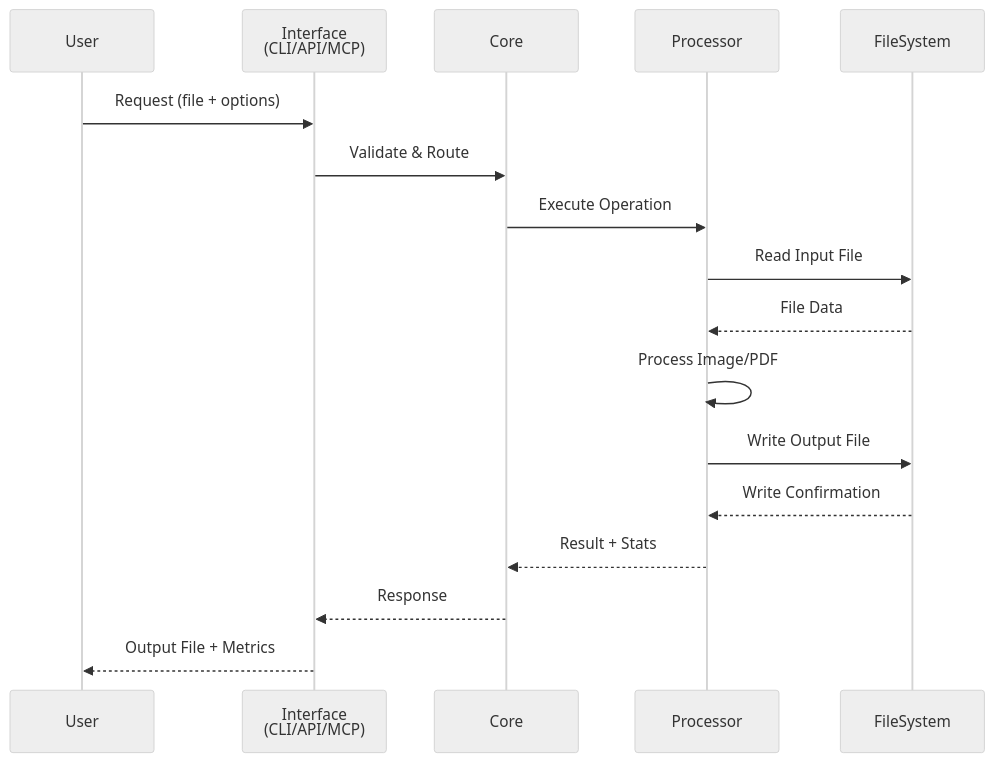
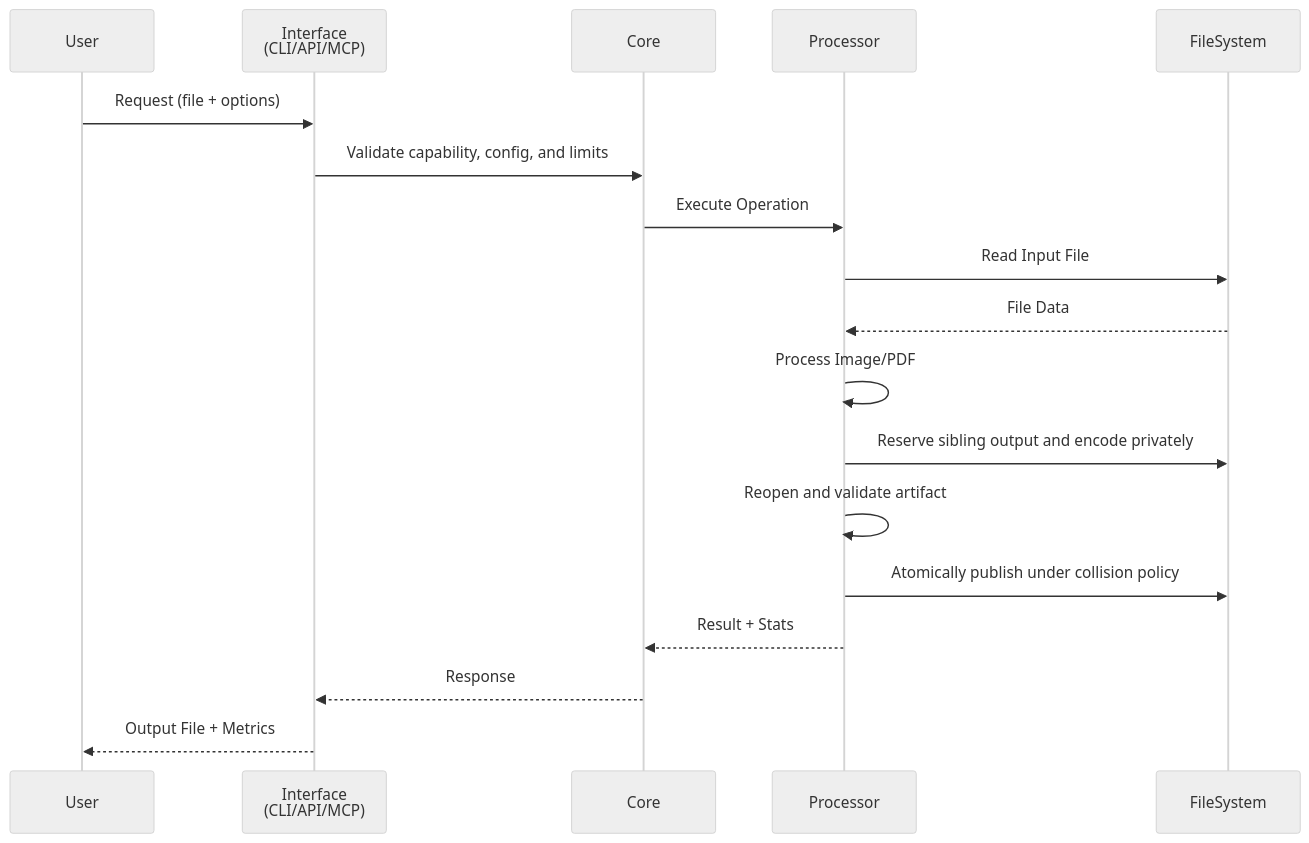
Before and after one commit to antarikshkarmakar/rtools: the second of 2 diagrams in README.md, drawn with Mermaid (neutral theme). The commit also changed other lines of this file and 10 other files, not shown here.

````diff
--- a/README.md
+++ b/README.md
@@ -105,20 +78,21 @@
 ```mermaid
 sequenceDiagram
     participant U as User
     participant I as Interface<br/>(CLI/API/MCP)
     participant C as Core
     participant P as Processor
     participant F as FileSystem
 
     U->>I: Request (file + options)
-    I->>C: Validate & Route
+    I->>C: Validate capability, config, and limits
     C->>P: Execute Operation
     P->>F: Read Input File
     F-->>P: File Data
     P->>P: Process Image/PDF
-    P->>F: Write Output File
-    F-->>P: Write Confirmation
+    P->>F: Reserve sibling output and encode privately
+    P->>P: Reopen and validate artifact
+    P->>F: Atomically publish under collision policy
     P-->>C: Result + Stats
     C-->>I: Response
     I-->>U: Output File + Metrics
 ```
````
